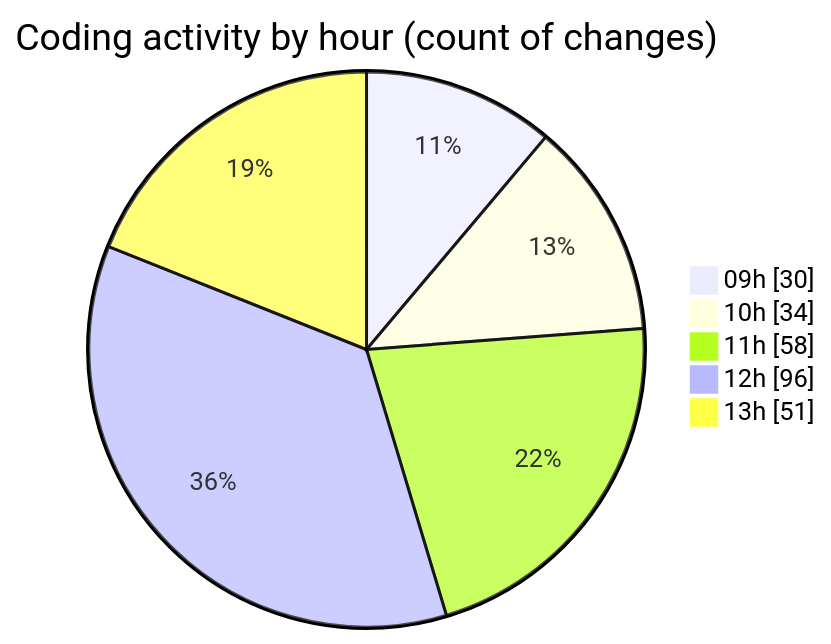
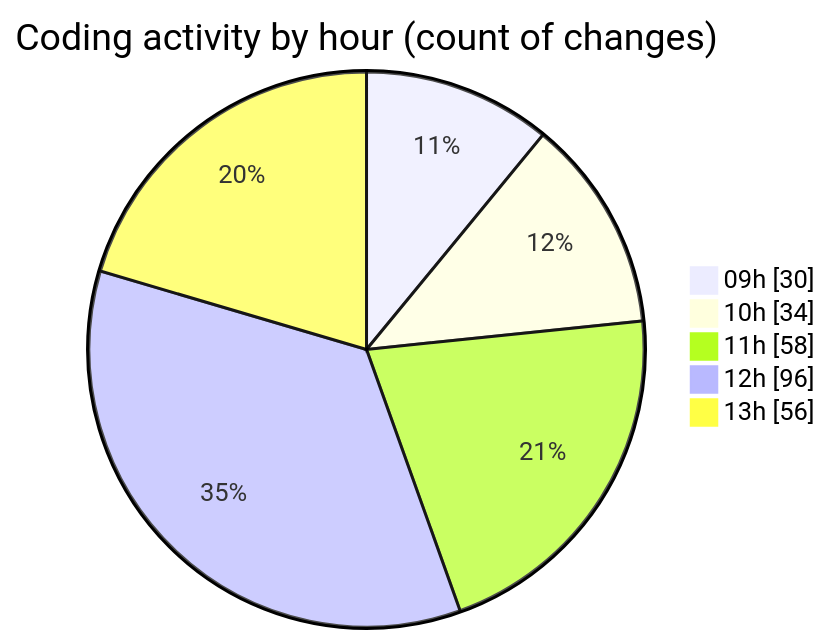
One commit to momahboobian/code-tracking changed the second of 2 diagrams in 2025-04-02/cda/README.md. Above: the diagram before and after it, drawn with Mermaid. The commit also changed other lines of this file and 1 other file, not shown here.

````diff
--- a/2025-04-02/cda/README.md
+++ b/2025-04-02/cda/README.md
@@ -36,9 +36,9 @@
 ```mermaid
 pie showData
 title Coding activity by hour (count of changes)
 "09h" : 30
 "10h" : 34
 "11h" : 58
 "12h" : 96
-"13h" : 51
+"13h" : 56
 ```
````
